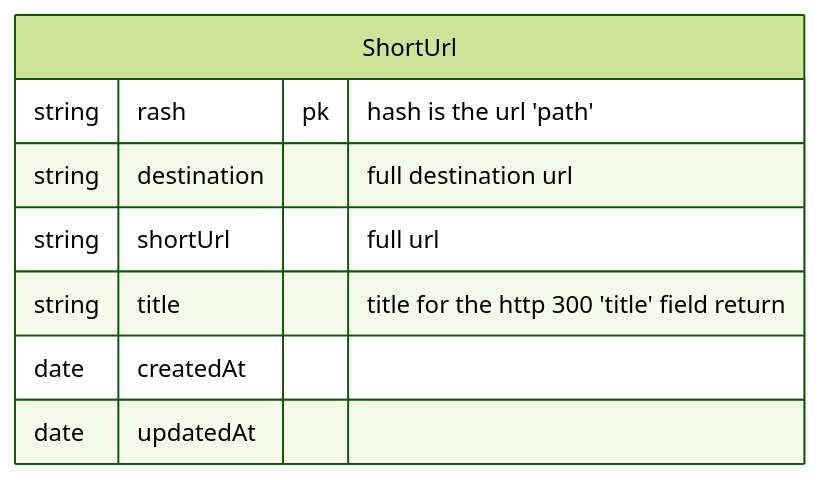
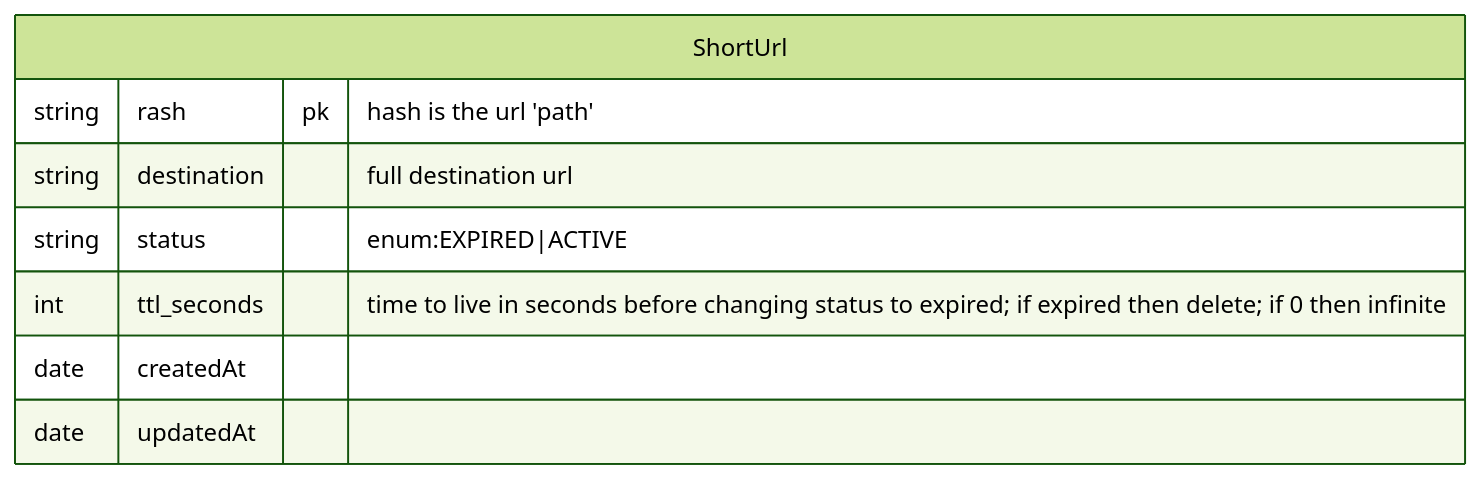
Before and after one commit to vzsoares/shortener: the diagram in doc/entity.md, drawn with Mermaid (forest theme). The commit also changed 2 other files, not shown here.

Commit message:
chr: upt doc

````diff
--- a/doc/entity.md
+++ b/doc/entity.md
@@ -1,11 +1,11 @@
 ```mermaid
 erDiagram
     ShortUrl {
         string rash pk "hash is the url 'path' "
         string destination "full destination url"
-        string shortUrl "full url"
-        string title "title for the http 300 'title' field return"
+        string status "enum:EXPIRED|ACTIVE"
+        int ttl_seconds "time to live in seconds before changing status to expired; if expired then delete; if 0 then infinite"
         date createdAt
         date updatedAt
     }
 ```
````
